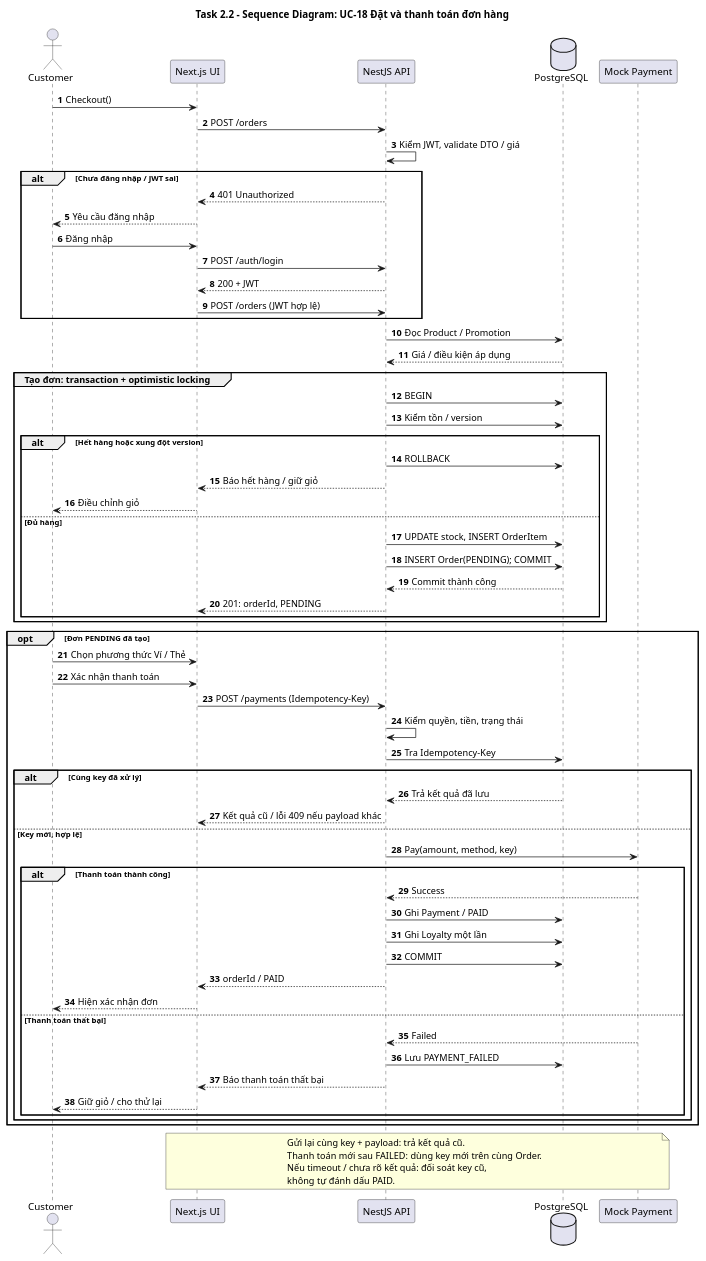
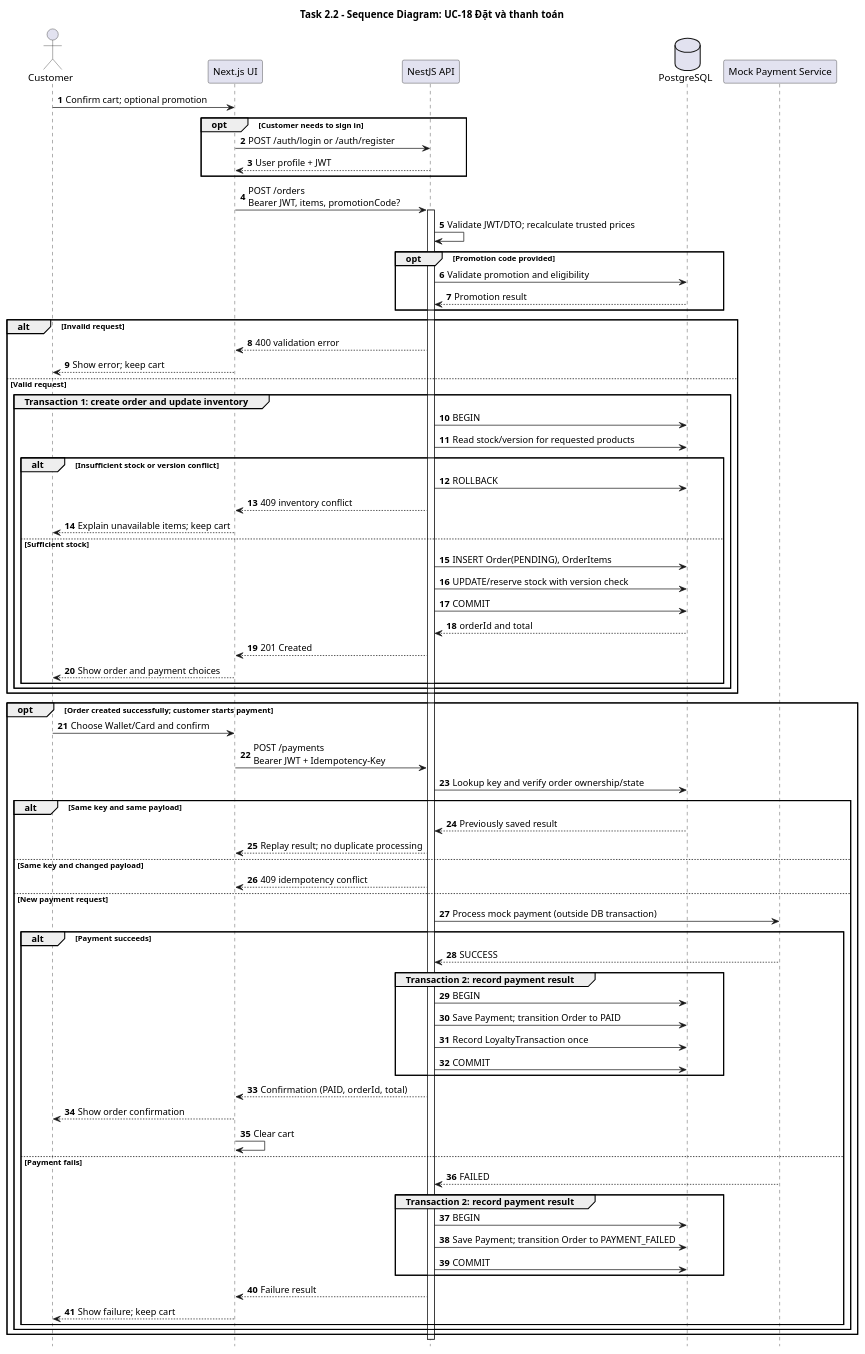
The diagram in docs/diagrams/sequence.puml (quang-vu2808/brewlite-assignment2), drawn with PlantUML before and after one commit. The commit also changed 17 other files, not shown here.

Commit message:
Add diagrams

```diff
--- a/docs/diagrams/sequence.puml
+++ b/docs/diagrams/sequence.puml
@@ -1,68 +1,81 @@
 @startuml
-title Task 2.2 - Sequence Diagram: UC-18 Đặt và thanh toán đơn hàng
+title Task 2.2 - Sequence Diagram: UC-18 Đặt và thanh toán
 autonumber
+hide footbox
+skinparam shadowing false
 actor Customer
 participant "Next.js UI" as UI
 participant "NestJS API" as API
 database PostgreSQL as DB
-participant "Mock Payment" as Pay
-Customer -> UI: Checkout()
-UI -> API: POST /orders
-API -> API: Kiểm JWT, validate DTO / giá
-alt Chưa đăng nhập / JWT sai
-  API --> UI: 401 Unauthorized
-  UI --> Customer: Yêu cầu đăng nhập
-  Customer -> UI: Đăng nhập
-  UI -> API: POST /auth/login
-  API --> UI: 200 + JWT
-  UI -> API: POST /orders (JWT hợp lệ)
+participant "Mock Payment Service" as Pay
+
+Customer -> UI: Confirm cart; optional promotion
+opt Customer needs to sign in
+  UI -> API: POST /auth/login or /auth/register
+  API --> UI: User profile + JWT
 end
-API -> DB: Đọc Product / Promotion
-DB --> API: Giá / điều kiện áp dụng
-group Tạo đơn: transaction + optimistic locking
-  API -> DB: BEGIN
-  API -> DB: Kiểm tồn / version
-  alt Hết hàng hoặc xung đột version
-    API -> DB: ROLLBACK
-    API --> UI: Báo hết hàng / giữ giỏ
-    UI --> Customer: Điều chỉnh giỏ
-  else Đủ hàng
-    API -> DB: UPDATE stock, INSERT OrderItem
-    API -> DB: INSERT Order(PENDING); COMMIT
-    DB --> API: Commit thành công
-    API --> UI: 201: orderId, PENDING
-  end
+UI -> API: POST /orders\nBearer JWT, items, promotionCode?
+activate API
+API -> API: Validate JWT/DTO; recalculate trusted prices
+opt Promotion code provided
+  API -> DB: Validate promotion and eligibility
+  DB --> API: Promotion result
 end
-opt Đơn PENDING đã tạo
-  Customer -> UI: Chọn phương thức Ví / Thẻ
-  Customer -> UI: Xác nhận thanh toán
-  UI -> API: POST /payments (Idempotency-Key)
-  API -> API: Kiểm quyền, tiền, trạng thái
-  API -> DB: Tra Idempotency-Key
-  alt Cùng key đã xử lý
-    DB --> API: Trả kết quả đã lưu
-    API --> UI: Kết quả cũ / lỗi 409 nếu payload khác
-  else Key mới, hợp lệ
-    API -> Pay: Pay(amount, method, key)
-    alt Thanh toán thành công
-      Pay --> API: Success
-      API -> DB: Ghi Payment / PAID
-      API -> DB: Ghi Loyalty một lần
+alt Invalid request
+  API --> UI: 400 validation error
+  UI --> Customer: Show error; keep cart
+else Valid request
+  group Transaction 1: create order and update inventory
+    API -> DB: BEGIN
+    API -> DB: Read stock/version for requested products
+    alt Insufficient stock or version conflict
+      API -> DB: ROLLBACK
+      API --> UI: 409 inventory conflict
+      UI --> Customer: Explain unavailable items; keep cart
+    else Sufficient stock
+      API -> DB: INSERT Order(PENDING), OrderItems
+      API -> DB: UPDATE/reserve stock with version check
       API -> DB: COMMIT
-      API --> UI: orderId / PAID
-      UI --> Customer: Hiện xác nhận đơn
-    else Thanh toán thất bại
-      Pay --> API: Failed
-      API -> DB: Lưu PAYMENT_FAILED
-      API --> UI: Báo thanh toán thất bại
-      UI --> Customer: Giữ giỏ / cho thử lại
+      DB --> API: orderId and total
+      API --> UI: 201 Created
+      UI --> Customer: Show order and payment choices
     end
   end
 end
-note over UI,Pay
-  Gửi lại cùng key + payload: trả kết quả cũ.
-  Thanh toán mới sau FAILED: dùng key mới trên cùng Order.
-  Nếu timeout / chưa rõ kết quả: đối soát key cũ,
-  không tự đánh dấu PAID.
-end note
+
+opt Order created successfully; customer starts payment
+  Customer -> UI: Choose Wallet/Card and confirm
+  UI -> API: POST /payments\nBearer JWT + Idempotency-Key
+  API -> DB: Lookup key and verify order ownership/state
+  alt Same key and same payload
+    DB --> API: Previously saved result
+    API --> UI: Replay result; no duplicate processing
+  else Same key and changed payload
+    API --> UI: 409 idempotency conflict
+  else New payment request
+    API -> Pay: Process mock payment (outside DB transaction)
+    alt Payment succeeds
+      Pay --> API: SUCCESS
+      group Transaction 2: record payment result
+        API -> DB: BEGIN
+        API -> DB: Save Payment; transition Order to PAID
+        API -> DB: Record LoyaltyTransaction once
+        API -> DB: COMMIT
+      end
+      API --> UI: Confirmation (PAID, orderId, total)
+      UI --> Customer: Show order confirmation
+      UI -> UI: Clear cart
+    else Payment fails
+      Pay --> API: FAILED
+      group Transaction 2: record payment result
+        API -> DB: BEGIN
+        API -> DB: Save Payment; transition Order to PAYMENT_FAILED
+        API -> DB: COMMIT
+      end
+      API --> UI: Failure result
+      UI --> Customer: Show failure; keep cart
+    end
+  end
+end
+deactivate API
 @enduml
```
